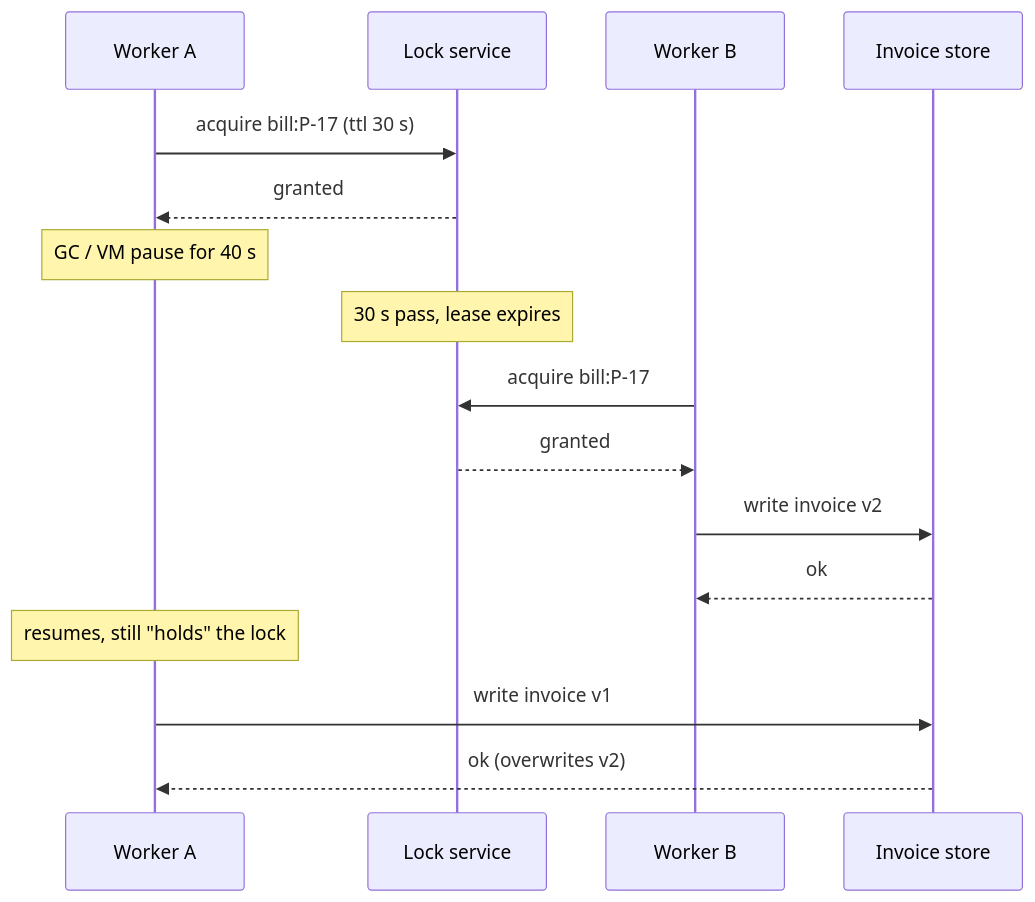
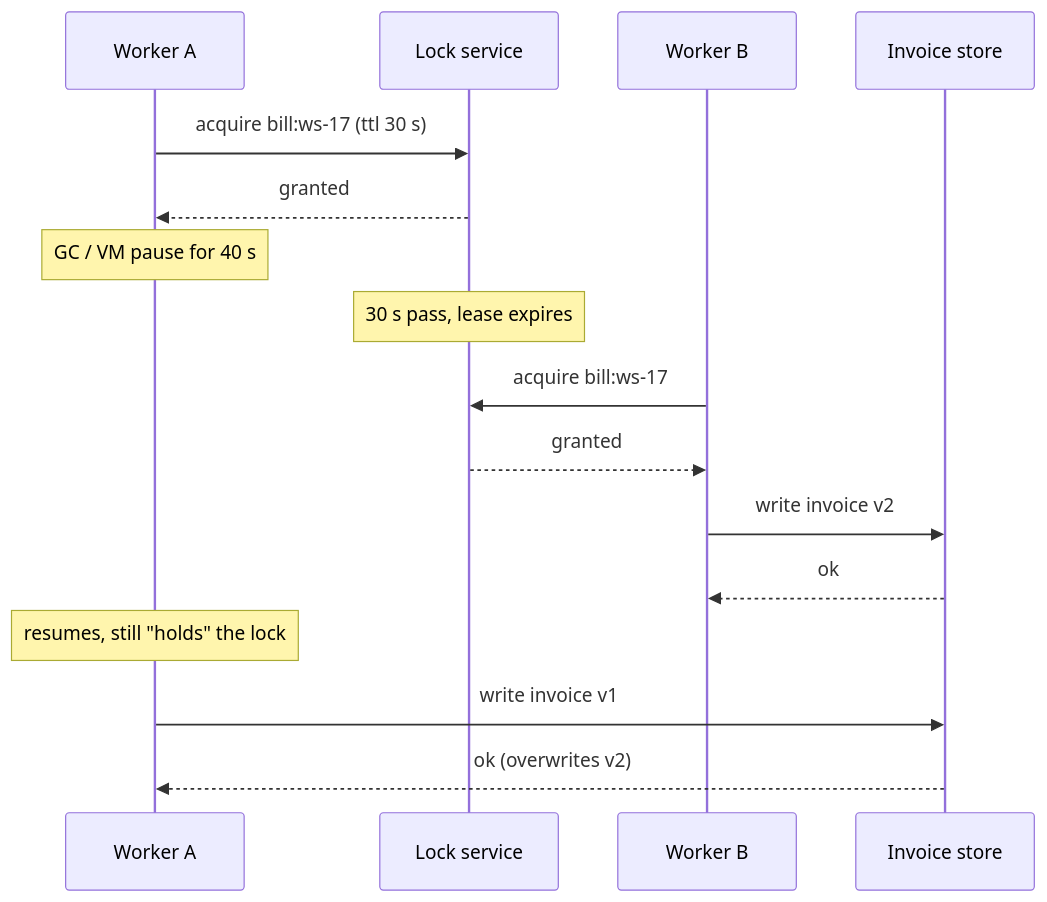
The second of 3 diagrams in content/lessons/m13/m13-distributed-locks.md (rizwi0786/system-design-lab), drawn with Mermaid before and after one commit. The commit also changed other lines of this file and 334 other files, not shown here.

````diff
--- a/content/lessons/m13/m13-distributed-locks.md
+++ b/content/lessons/m13/m13-distributed-locks.md
@@ -209,18 +209,18 @@
 ```mermaid
 sequenceDiagram
     participant A as Worker A
     participant L as Lock service
     participant B as Worker B
     participant S as Invoice store
-    A->>L: acquire bill:P-17 (ttl 30 s)
+    A->>L: acquire bill:ws-17 (ttl 30 s)
     L-->>A: granted
     Note over A: GC / VM pause for 40 s
     Note over L: 30 s pass, lease expires
-    B->>L: acquire bill:P-17
+    B->>L: acquire bill:ws-17
     L-->>B: granted
     B->>S: write invoice v2
     S-->>B: ok
     Note over A: resumes, still "holds" the lock
     A->>S: write invoice v1
     S-->>A: ok (overwrites v2)
 ```
````
